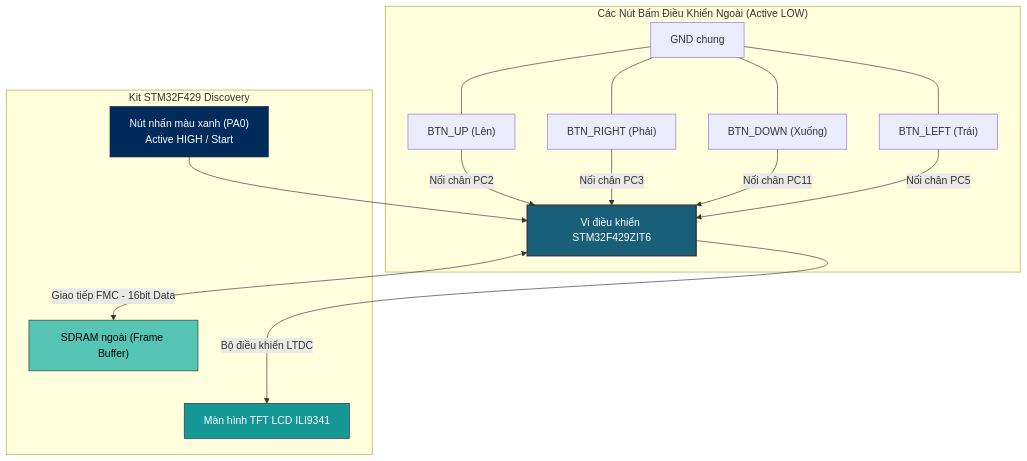
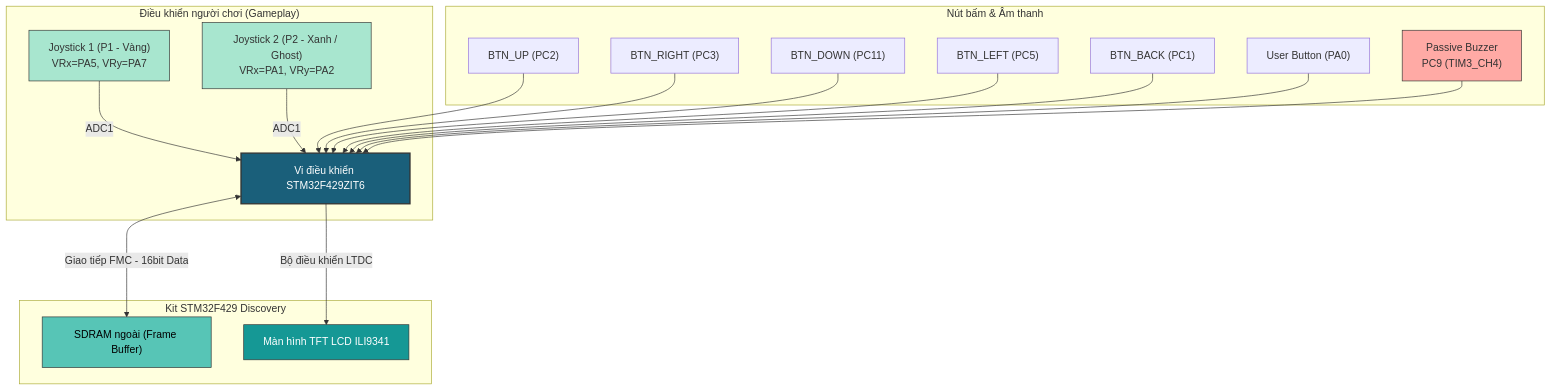
One commit to Tin61205/Embedded_Final_Prj_20252 changed the first of 2 diagrams in Report.md. Above: the diagram before and after it, drawn with Mermaid. The commit also changed other lines of this file, not shown here.

````diff
--- a/Report.md
+++ b/Report.md
@@ -96,26 +106,31 @@
 ```mermaid
 graph TD
-    subgraph "Các Nút Bấm Điều Khiển Ngoài (Active LOW)"
-        BTN_UP["BTN_UP (Lên)"] -->|Nối chân PC2| STM32
-        BTN_RIGHT["BTN_RIGHT (Phải)"] -->|Nối chân PC3| STM32
-        BTN_DOWN["BTN_DOWN (Xuống)"] -->|Nối chân PC11| STM32
-        BTN_LEFT["BTN_LEFT (Trái)"] -->|Nối chân PC5| STM32
-        GND_BTN["GND chung"] --- BTN_UP
-        GND_BTN --- BTN_RIGHT
-        GND_BTN --- BTN_DOWN
-        GND_BTN --- BTN_LEFT
+    subgraph "Điều khiển người chơi (Gameplay)"
+        JOY1["Joystick 1 (P1 - Vàng)<br>VRx=PA5, VRy=PA7"] -->|ADC1| STM32
+        JOY2["Joystick 2 (P2 - Xanh / Ghost)<br>VRx=PA1, VRy=PA2"] -->|ADC1| STM32
+    end
+
+    subgraph "Nút bấm & Âm thanh"
+        BTN_UP["BTN_UP (PC2)"] --> STM32
+        BTN_RIGHT["BTN_RIGHT (PC3)"] --> STM32
+        BTN_DOWN["BTN_DOWN (PC11)"] --> STM32
+        BTN_LEFT["BTN_LEFT (PC5)"] --> STM32
+        BTN_BACK["BTN_BACK (PC1)"] --> STM32
+        BTN_USER["User Button (PA0)"] --> STM32
+        BUZZ["Passive Buzzer<br>PC9 (TIM3_CH4)"] --> STM32
     end
 
     subgraph "Kit STM32F429 Discovery"
         STM32["Vi điều khiển STM32F429ZIT6"]
-        BTN_USER["Nút nhấn màu xanh (PA0) <br> Active HIGH / Start"] --> STM32
         
         STM32 <-->|Giao tiếp FMC - 16bit Data| SDRAM["SDRAM ngoài (Frame Buffer)"]
         STM32 --->|Bộ điều khiển LTDC| LCD["Màn hình TFT LCD ILI9341"]
     end
     
     style STM32 fill:#1a5f7a,stroke:#333,stroke-width:2px,color:#fff
     style SDRAM fill:#57c5b6,stroke:#333,color:#000
     style LCD fill:#159895,stroke:#333,color:#fff
-    style BTN_USER fill:#002b5b,stroke:#333,color:#fff
+    style JOY1 fill:#a8e6cf,stroke:#333
+    style JOY2 fill:#a8e6cf,stroke:#333
+    style BUZZ fill:#ffaaa5,stroke:#333
 ```
````
